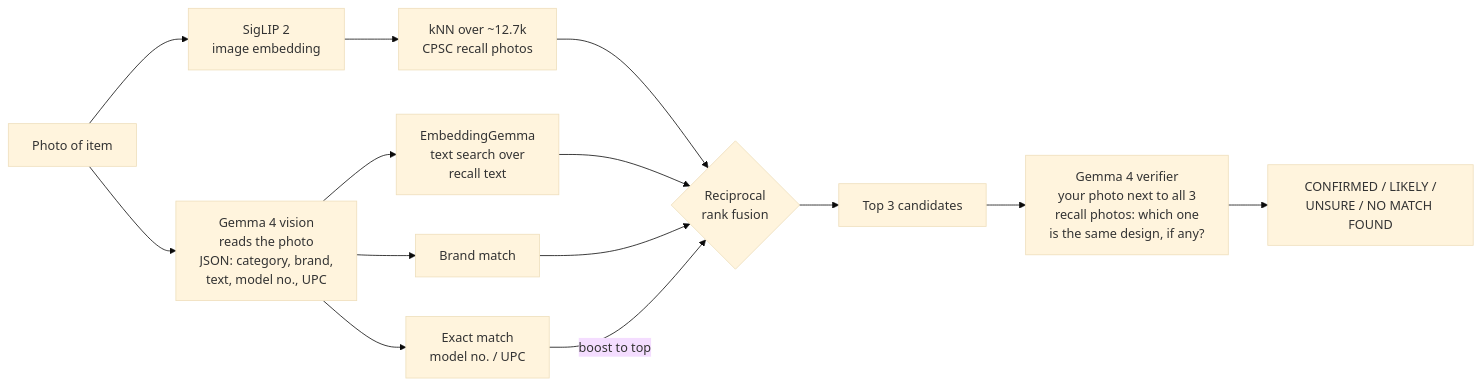
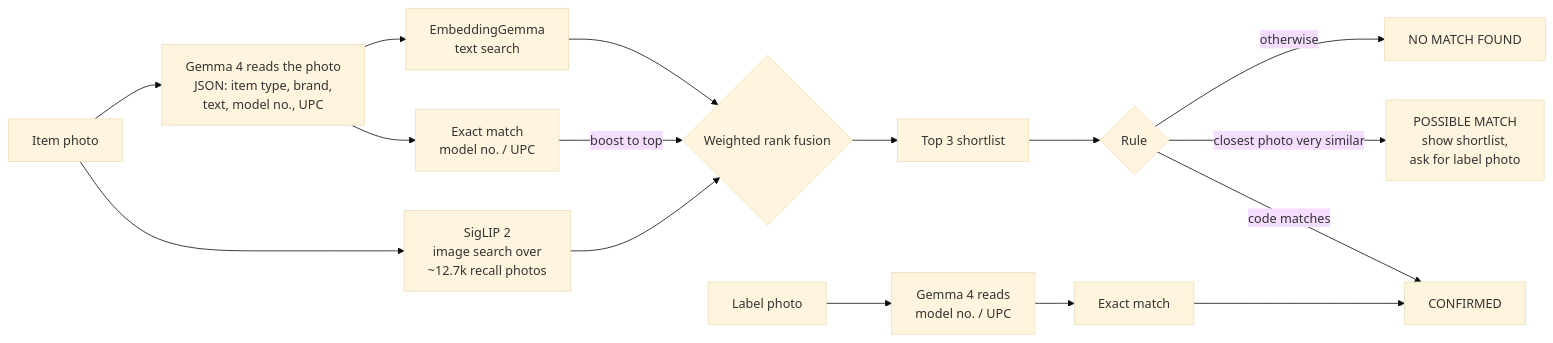
The second of 2 diagrams in README.md (vinmay/cleartolist), drawn with Mermaid (base theme) before and after one commit. The commit also changed other lines of this file and 8 other files, not shown here.

````diff
--- a/README.md
+++ b/README.md
@@ -32,16 +50,16 @@
 ```mermaid
 flowchart LR
-    P[Photo of item] --> A[SigLIP 2<br/>image embedding]
-    P --> R[Gemma 4 vision<br/>reads the photo<br/>JSON: category, brand,<br/>text, model no., UPC]
-    A --> K[kNN over ~12.7k<br/>CPSC recall photos]
-    R --> E[Exact match<br/>model no. / UPC]
-    R --> B[Brand match]
-    R --> T[EmbeddingGemma<br/>text search over<br/>recall text]
-    K --> F{Reciprocal<br/>rank fusion}
+    P[Item photo] --> A[SigLIP 2<br/>image search over<br/>~12.7k recall photos]
+    P --> G[Gemma 4 reads the photo<br/>JSON: item type, brand,<br/>text, model no., UPC]
+    G --> E[Exact match<br/>model no. / UPC]
+    G --> T[EmbeddingGemma<br/>text search]
+    A --> F{Weighted rank fusion}
     T --> F
-    B --> F
     E -->|boost to top| F
-    F --> C[Top 3 candidates]
-    C --> V[Gemma 4 verifier<br/>your photo next to all 3<br/>recall photos: which one<br/>is the same design, if any?]
-    V --> D[CONFIRMED / LIKELY /<br/>UNSURE / NO MATCH FOUND]
+    F --> S[Top 3 shortlist]
+    S --> V{Rule}
+    V -->|code matches| C[CONFIRMED]
+    V -->|closest photo very similar| M[POSSIBLE MATCH<br/>show shortlist,<br/>ask for label photo]
+    V -->|otherwise| N[NO MATCH FOUND]
+    L[Label photo] --> G2[Gemma 4 reads<br/>model no. / UPC] --> E2[Exact match] --> C
 ```
````
